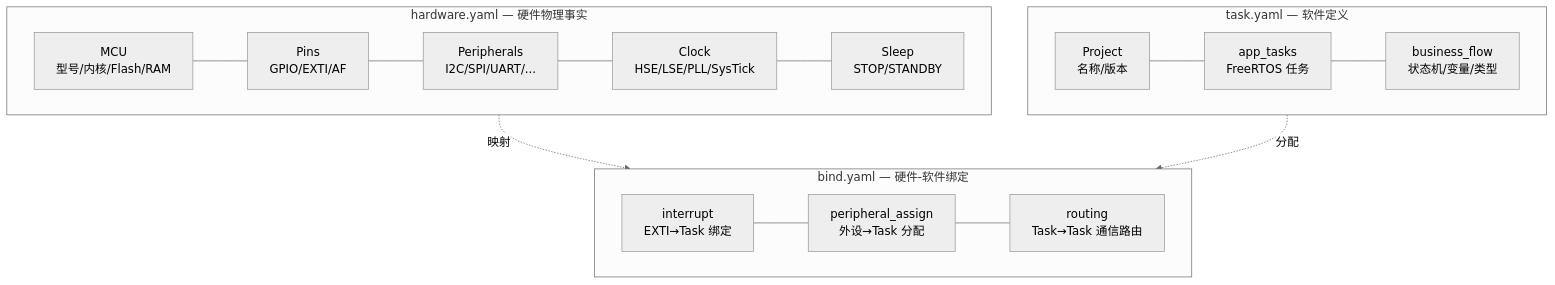
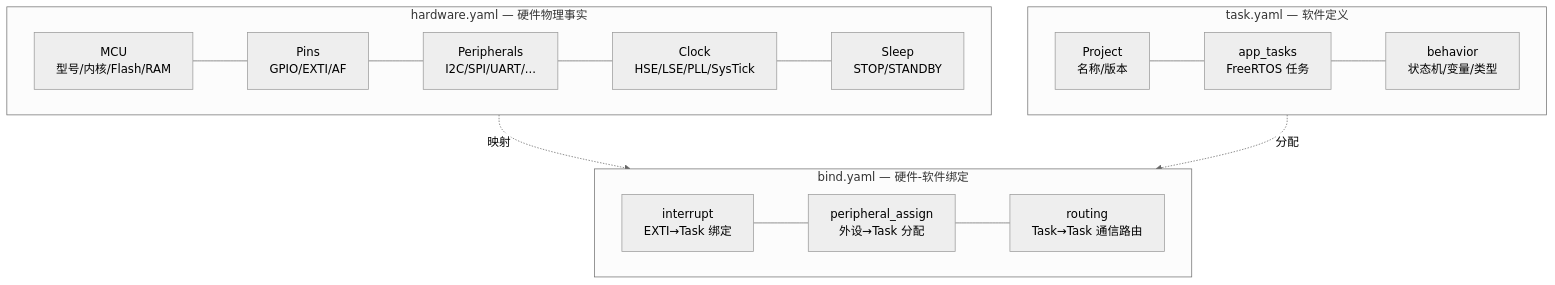
One commit to jinliangliu/Hardware2Code changed the second of 3 diagrams in README.md. Above: the diagram before and after it, drawn with Mermaid (neutral theme). The commit also changed other lines of this file and 44 other files, not shown here.

First line of the commit message:
refactor: rename business_flow to behavior across all layers

````diff
--- a/README.md
+++ b/README.md
@@ -70,28 +70,28 @@
 ```mermaid
 flowchart TB
     subgraph HW["hardware.yaml — 硬件物理事实"]
         direction LR
         H1["MCU<br>型号/内核/Flash/RAM"] ---
         H2["Pins<br>GPIO/EXTI/AF"] ---
         H3["Peripherals<br>I2C/SPI/UART/..."] ---
         H4["Clock<br>HSE/LSE/PLL/SysTick"] ---
         H5["Sleep<br>STOP/STANDBY"]
     end
 
     subgraph SW["task.yaml — 软件定义"]
         direction LR
         S1["Project<br>名称/版本"] ---
         S2["app_tasks<br>FreeRTOS 任务"] ---
-        S3["business_flow<br>状态机/变量/类型"]
+        S3["behavior<br>状态机/变量/类型"]
     end
 
     subgraph BIND["bind.yaml — 硬件-软件绑定"]
         direction LR
         D1["interrupt<br>EXTI→Task 绑定"] ---
         D2["peripheral_assign<br>外设→Task 分配"] ---
         D3["routing<br>Task→Task 通信路由"]
     end
 
     HW -.->|"映射"| BIND
     SW -.->|"分配"| BIND
 ```
````
